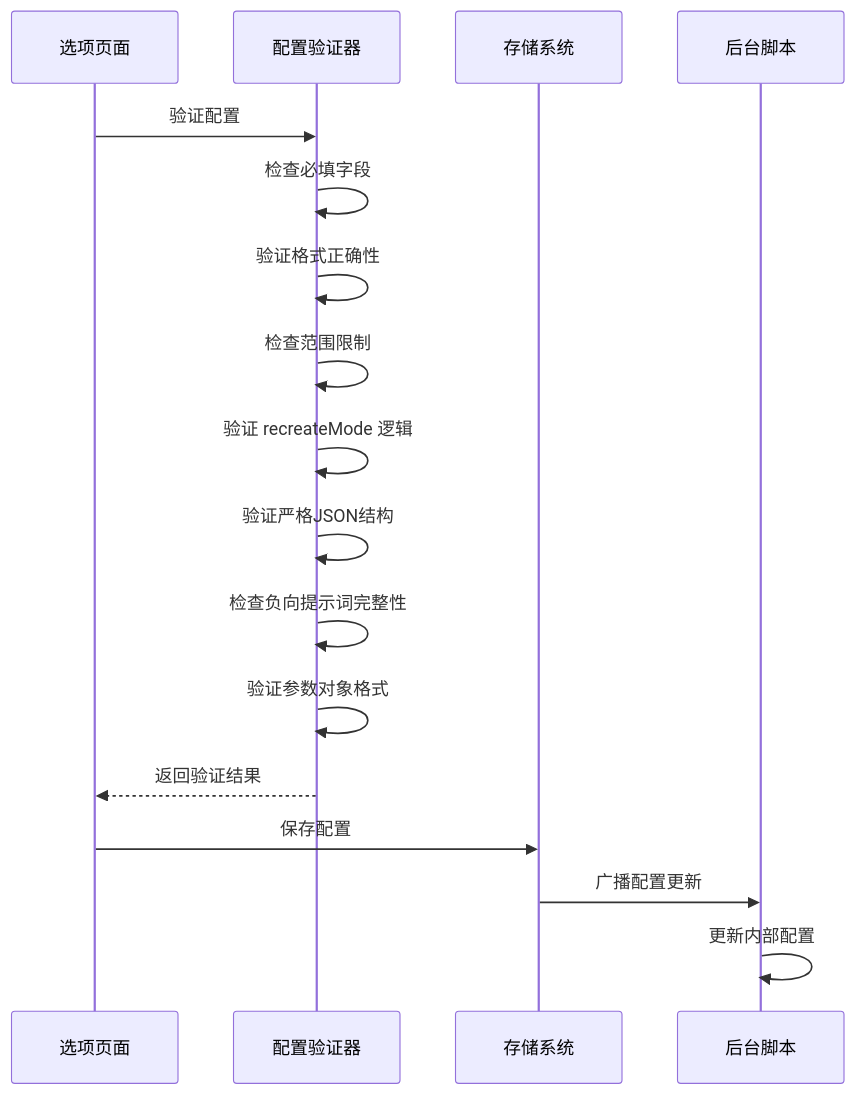
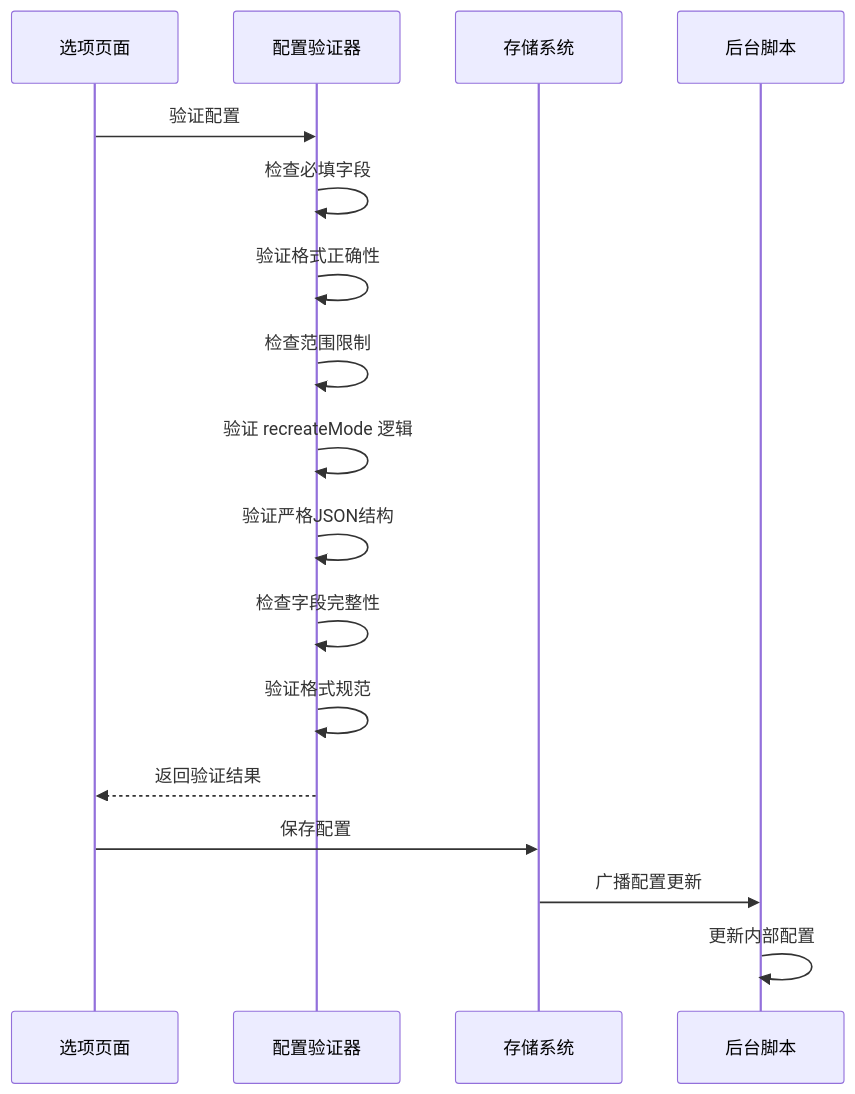
Before and after one commit to binasi/Img2Prompt: the fourth of 11 diagrams in .qoder/repowiki/zh/content/技术架构/核心模块分析/配置管理模块 (config.js).md, drawn with Mermaid. The commit also changed other lines of this file and 9 other files, not shown here.

````diff
--- a/.qoder/repowiki/zh/content/技术架构/核心模块分析/配置管理模块 (config.js).md
+++ b/.qoder/repowiki/zh/content/技术架构/核心模块分析/配置管理模块 (config.js).md
@@ -281,19 +329,19 @@
 ```mermaid
 sequenceDiagram
 participant Options as 选项页面
 participant Config as 配置验证器
 participant Storage as 存储系统
 participant Background as 后台脚本
 Options->>Config : 验证配置
 Config->>Config : 检查必填字段
 Config->>Config : 验证格式正确性
 Config->>Config : 检查范围限制
 Config->>Config : 验证 recreateMode 逻辑
 Config->>Config : 验证严格JSON结构
-Config->>Config : 检查负向提示词完整性
-Config->>Config : 验证参数对象格式
+Config->>Config : 检查字段完整性
+Config->>Config : 验证格式规范
 Config-->>Options : 返回验证结果
 Options->>Storage : 保存配置
 Storage->>Background : 广播配置更新
 Background->>Background : 更新内部配置
 ```
````
